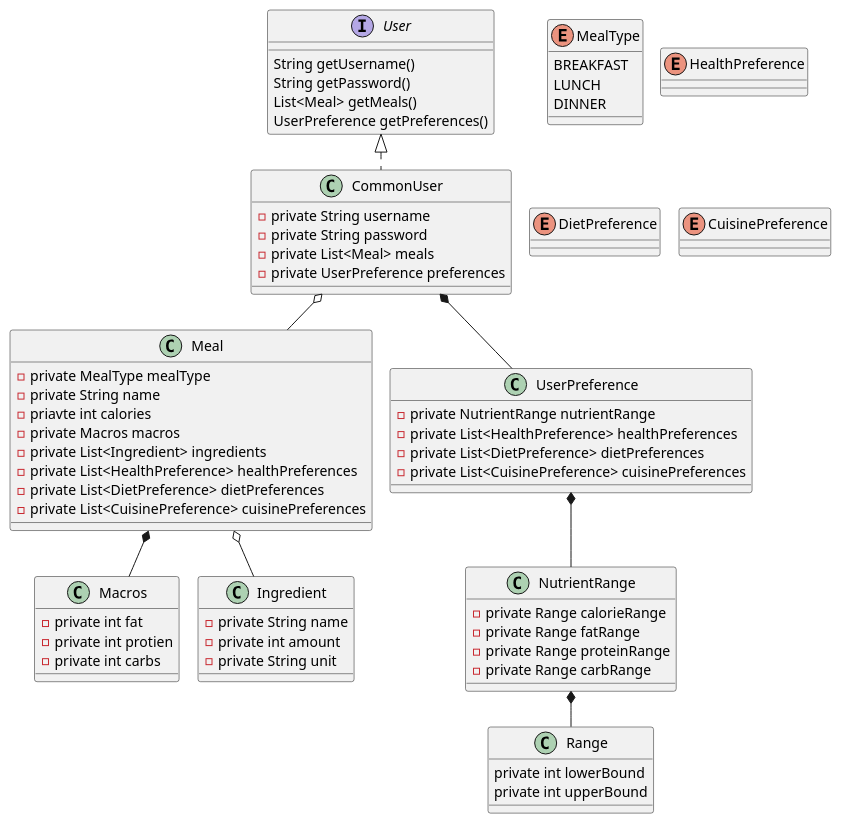
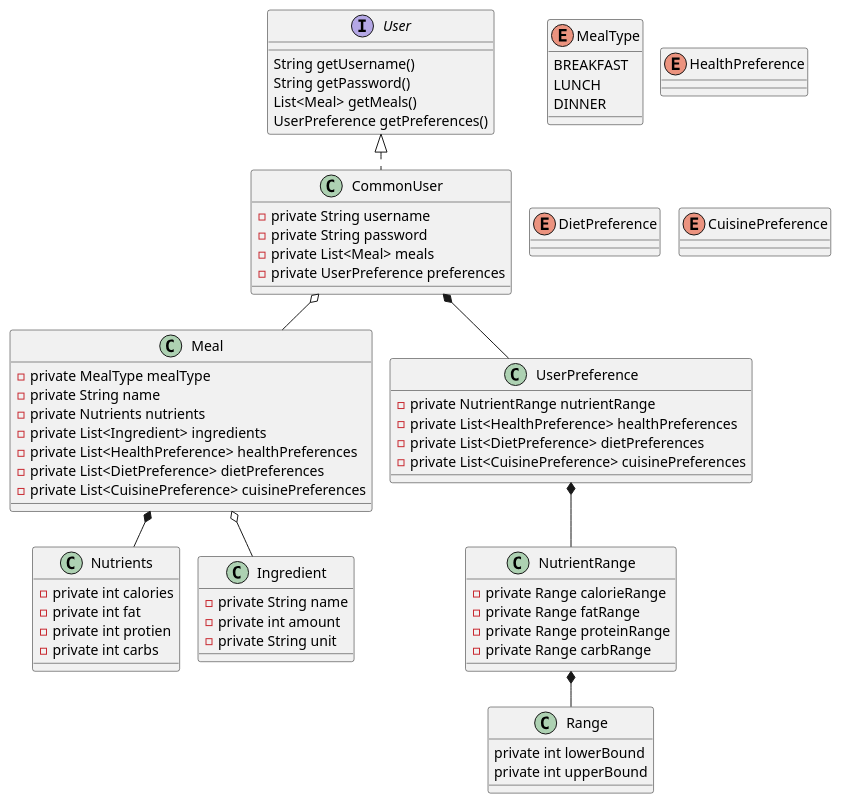
The diagram in design/plantuml/classes.puml (vrindasubhash/NutriNinja), drawn with PlantUML before and after one commit.

Commit message:
class uml revision (nutrients class)

```diff
--- a/design/plantuml/classes.puml
+++ b/design/plantuml/classes.puml
@@ -1,80 +1,80 @@
 @startuml
 !pragma layout smetana
 'https://plantuml.com/class-diagram
 CommonUser o-- Meal
 CommonUser *-- UserPreference
-Meal *-- Macros
+Meal *-- Nutrients
 Meal o-- Ingredient
 UserPreference *-- NutrientRange
 NutrientRange *-- Range
 
 interface User {
     String getUsername()
     String getPassword()
     List<Meal> getMeals()
     UserPreference getPreferences()
 }
 
 class CommonUser implements User {
 - private String username
 - private String password
 - private List<Meal> meals
 - private UserPreference preferences
 }
 
 class Meal {
 - private MealType mealType
 - private String name
-- priavte int calories
-- private Macros macros
+- private Nutrients nutrients
 - private List<Ingredient> ingredients
 - private List<HealthPreference> healthPreferences
 - private List<DietPreference> dietPreferences
 - private List<CuisinePreference> cuisinePreferences
 }
 
 class UserPreference {
 - private NutrientRange nutrientRange
 - private List<HealthPreference> healthPreferences
 - private List<DietPreference> dietPreferences
 - private List<CuisinePreference> cuisinePreferences
 }
 
-class Macros {
+class Nutrients {
+- private int calories
 - private int fat
 - private int protien
 - private int carbs
 }
 
 class NutrientRange {
 - private Range calorieRange
 - private Range fatRange
 - private Range proteinRange
 - private Range carbRange
 }
 
 class Ingredient {
 - private String name
 - private int amount
 - private String unit
 }
 
 class Range {
     private int lowerBound
     private int upperBound
 }
 
 enum MealType {
 BREAKFAST
 LUNCH
 DINNER
 }
 
 enum HealthPreference {}
 
 enum DietPreference {}
 
 enum CuisinePreference{}
 
 
 @enduml
```
